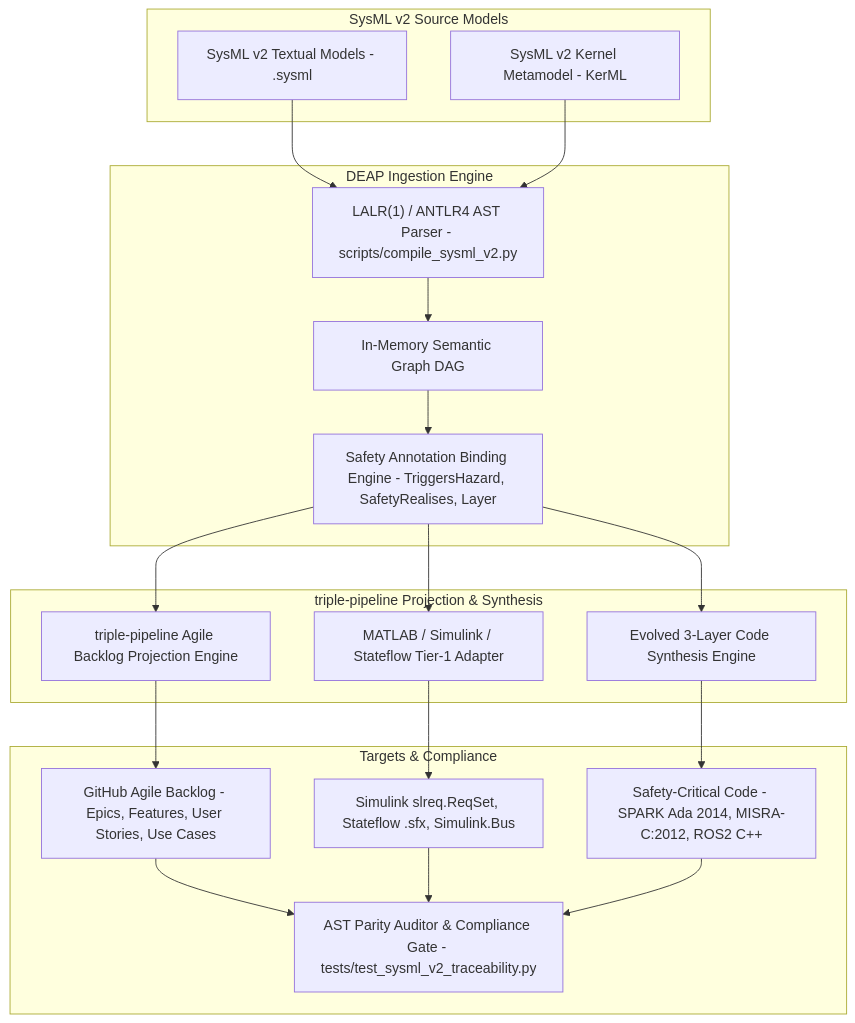
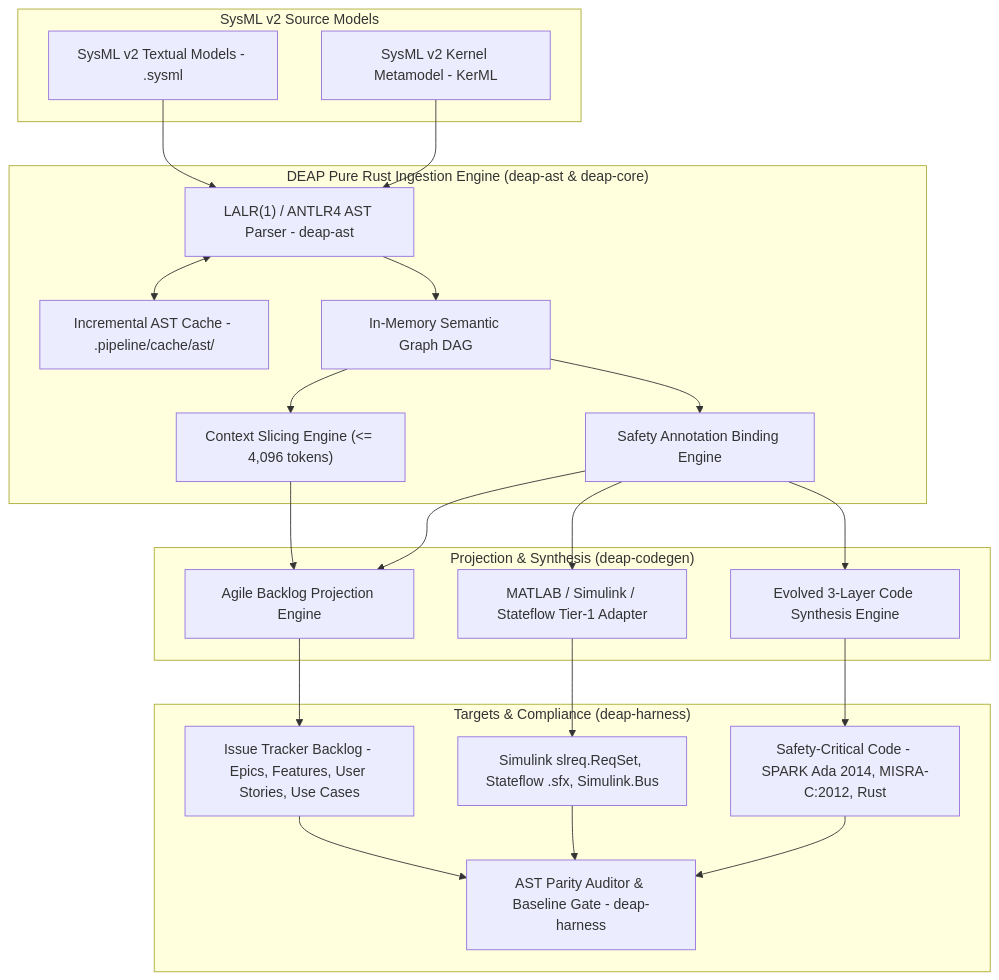
One commit to gintatkinson/DEAP01-spec-core changed the first of 8 diagrams in docs/architecture/blueprints/DEAP_SYSML_V2_INGESTION_ENGINE_BLUEPRINT.md. Above: the diagram before and after it, drawn with Mermaid. The commit also changed other lines of this file and 34 other files, not shown here.

Commit message:
docs(architecture): decontaminate reference blueprints and establish master execution plan (refs #405, refs #406)

````diff
--- a/docs/architecture/blueprints/DEAP_SYSML_V2_INGESTION_ENGINE_BLUEPRINT.md
+++ b/docs/architecture/blueprints/DEAP_SYSML_V2_INGESTION_ENGINE_BLUEPRINT.md
@@ -21,40 +21,45 @@
 ```mermaid
 flowchart TD
     subgraph "SysML v2 Source Models"
         SysML_Text["SysML v2 Textual Models - .sysml"]
         SysML_Graph["SysML v2 Kernel Metamodel - KerML"]
     end
 
-    subgraph "DEAP Ingestion Engine"
-        AST_Parser["LALR(1) / ANTLR4 AST Parser - scripts/compile_sysml_v2.py"]
+    subgraph "DEAP Pure Rust Ingestion Engine (deap-ast & deap-core)"
+        AST_Parser["LALR(1) / ANTLR4 AST Parser - deap-ast"]
+        AST_Cache["Incremental AST Cache - .pipeline/cache/ast/"]
         Semantic_DAG["In-Memory Semantic Graph DAG"]
-        Safety_Annotation["Safety Annotation Binding Engine - TriggersHazard, SafetyRealises, Layer"]
+        AST_Slicer["Context Slicing Engine (<= 4,096 tokens)"]
+        Safety_Annotation["Safety Annotation Binding Engine"]
     end
 
-    subgraph "triple-pipeline Projection & Synthesis"
-        Backlog_Engine["triple-pipeline Agile Backlog Projection Engine"]
+    subgraph "Projection & Synthesis (deap-codegen)"
+        Backlog_Engine["Agile Backlog Projection Engine"]
         MATLAB_Adapter["MATLAB / Simulink / Stateflow Tier-1 Adapter"]
         Code_Synthesis["Evolved 3-Layer Code Synthesis Engine"]
     end
 
-    subgraph "Targets & Compliance"
-        GitHub_Tracker["GitHub Agile Backlog - Epics, Features, User Stories, Use Cases"]
+    subgraph "Targets & Compliance (deap-harness)"
+        Tracker["Issue Tracker Backlog - Epics, Features, User Stories, Use Cases"]
         MBD_Artifacts["Simulink slreq.ReqSet, Stateflow .sfx, Simulink.Bus"]
-        Safety_Code["Safety-Critical Code - SPARK Ada 2014, MISRA-C:2012, ROS2 C++"]
-        Parity_Gate["AST Parity Auditor & Compliance Gate - tests/test_sysml_v2_traceability.py"]
+        Safety_Code["Safety-Critical Code - SPARK Ada 2014, MISRA-C:2012, Rust"]
+        Parity_Gate["AST Parity Auditor & Baseline Gate - deap-harness"]
     end
 
     SysML_Text --> AST_Parser
     SysML_Graph --> AST_Parser
+    AST_Parser <--> AST_Cache
     AST_Parser --> Semantic_DAG
+    Semantic_DAG --> AST_Slicer
     Semantic_DAG --> Safety_Annotation
+    AST_Slicer --> Backlog_Engine
     Safety_Annotation --> Backlog_Engine
     Safety_Annotation --> MATLAB_Adapter
     Safety_Annotation --> Code_Synthesis
-    Backlog_Engine --> GitHub_Tracker
+    Backlog_Engine --> Tracker
     MATLAB_Adapter --> MBD_Artifacts
     Code_Synthesis --> Safety_Code
-    GitHub_Tracker --> Parity_Gate
+    Tracker --> Parity_Gate
     MBD_Artifacts --> Parity_Gate
     Safety_Code --> Parity_Gate
 ```
````
